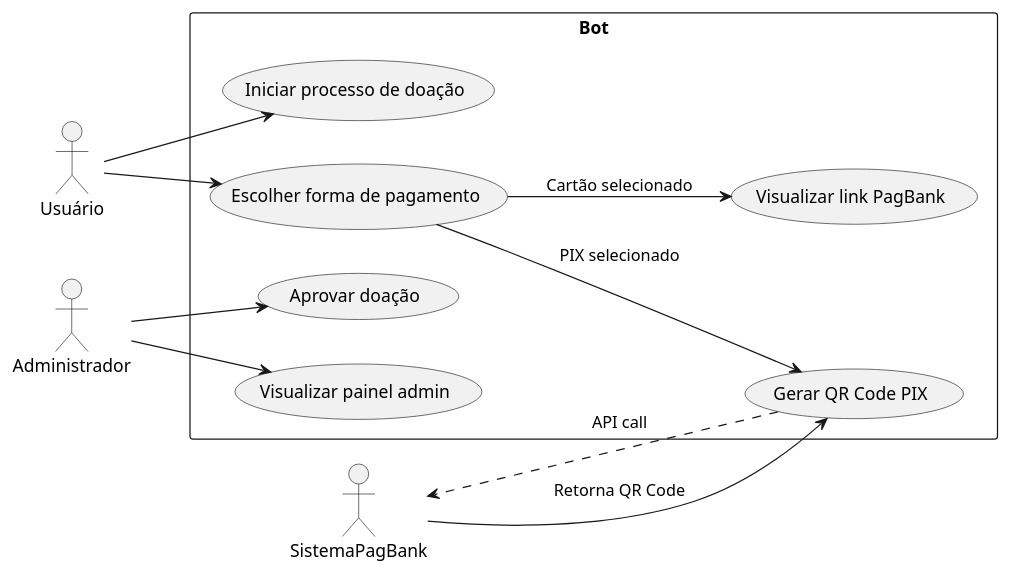
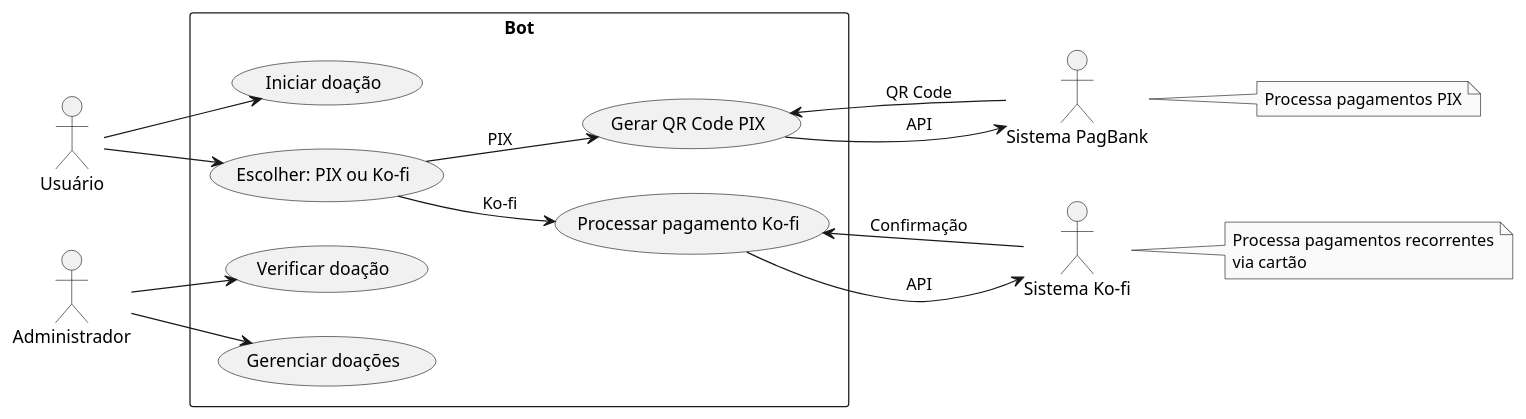
The diagram in docs/casodeuso.puml (AnthonyLuciano/HugMe-DiscordBot), drawn with PlantUML before and after one commit. The commit also changed 6 other files, not shown here.

```diff
--- a/docs/casodeuso.puml
+++ b/docs/casodeuso.puml
@@ -1,28 +1,39 @@
 @startuml casodeuso
 left to right direction
 skinparam monochrome true
 
 actor Usuário
 actor Administrador
-actor SistemaPagBank
+actor "Sistema PagBank" as PagBank
+actor "Sistema Ko-fi" as KoFi
 
 rectangle Bot {
-  usecase "Iniciar processo de doação" as UC1
-  usecase "Escolher forma de pagamento" as UC2
+  usecase "Iniciar doação" as UC1
+  usecase "Escolher: PIX ou Ko-fi" as UC2
   usecase "Gerar QR Code PIX" as UC3
-  usecase "Visualizar link PagBank" as UC4
-  usecase "Aprovar doação" as UC6
-  usecase "Visualizar painel admin" as UC7
+  usecase "Processar pagamento Ko-fi" as UC4
+  usecase "Verificar doação" as UC5
+  usecase "Gerenciar doações" as UC6
 }
 
 Usuário --> UC1
 Usuário --> UC2
-UC2 --> UC3 : PIX selecionado
-UC2 --> UC4 : Cartão selecionado
-SistemaPagBank --> UC3 : Retorna QR Code
+UC2 --> UC3 : PIX
+UC2 --> UC4 : Ko-fi
+UC3 --> PagBank : API
+UC4 --> KoFi : API
+PagBank --> UC3 : QR Code
+KoFi --> UC4 : Confirmação
 
+Administrador --> UC5
 Administrador --> UC6
-Administrador --> UC7
 
-UC3 .> SistemaPagBank : API call
+note right of PagBank
+  Processa pagamentos PIX
+end note
+
+note right of KoFi
+  Processa pagamentos recorrentes
+  via cartão
+end note
 @enduml
```
